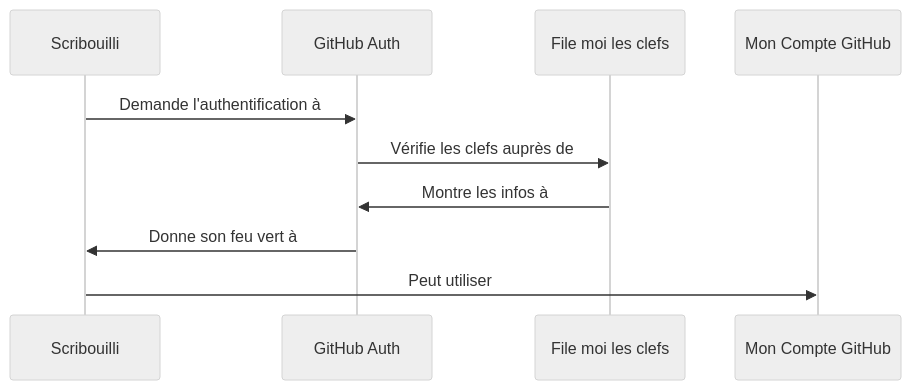
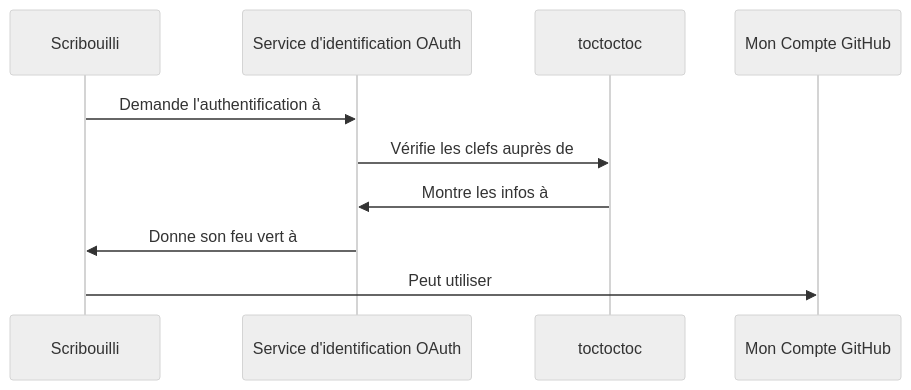
Before and after one commit to Scribouilli/scribouilli: the diagram in README.md, drawn with Mermaid (neutral theme). The commit also changed other lines of this file and 12 other files, not shown here.

````diff
--- a/README.md
+++ b/README.md
@@ -23,12 +51,12 @@
 ```mermaid
 sequenceDiagram;
     participant A as Scribouilli
-    participant B as GitHub Auth
-    participant C as File moi les clefs
+    participant B as Service d'identification OAuth
+    participant C as toctoctoc
     participant D as Mon Compte GitHub
     A->>B: Demande l'authentification à
     B->>C: Vérifie les clefs auprès de
     C->>B: Montre les infos à
     B->>A: Donne son feu vert à
     A->>D: Peut utiliser
 ```
````
